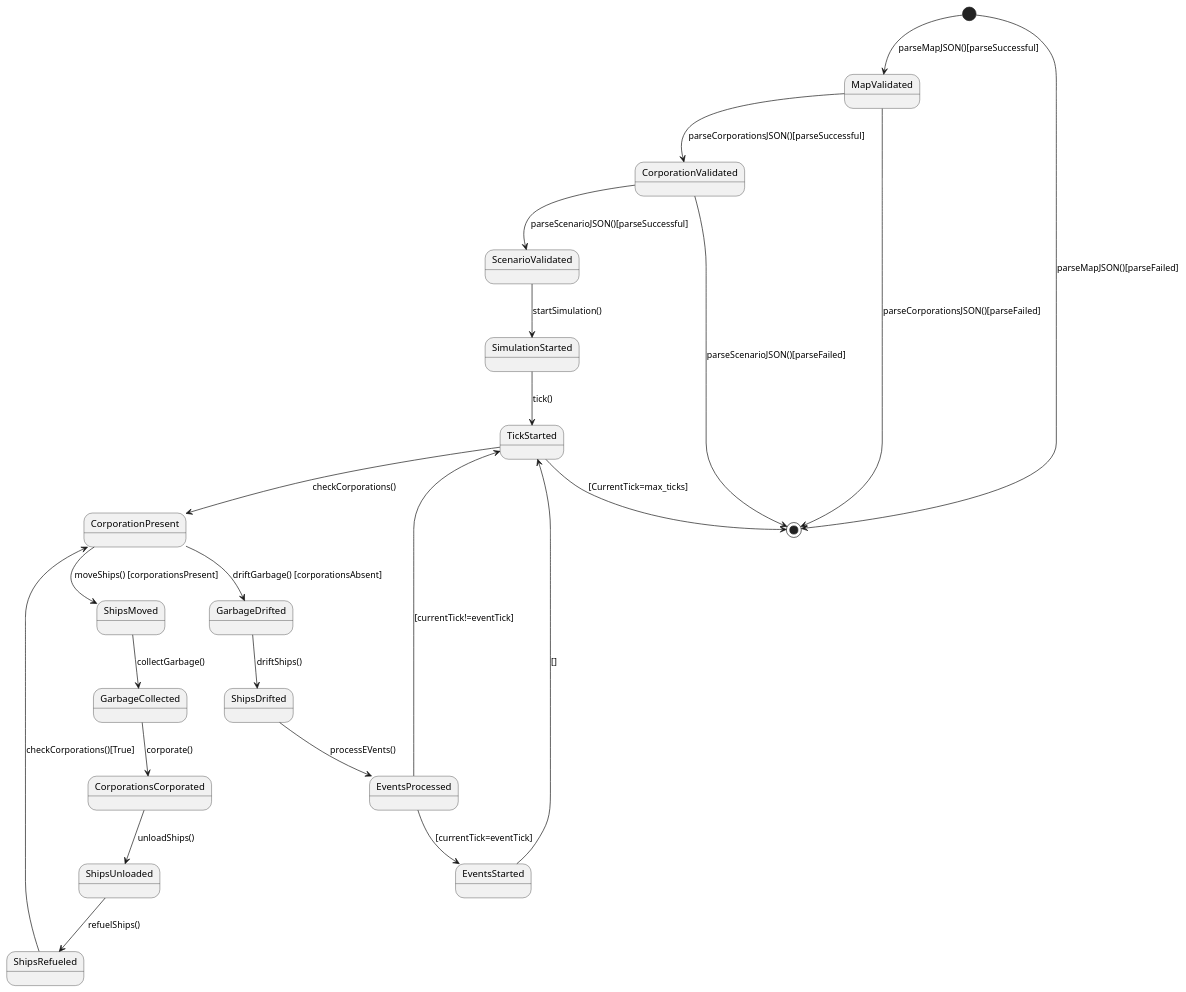
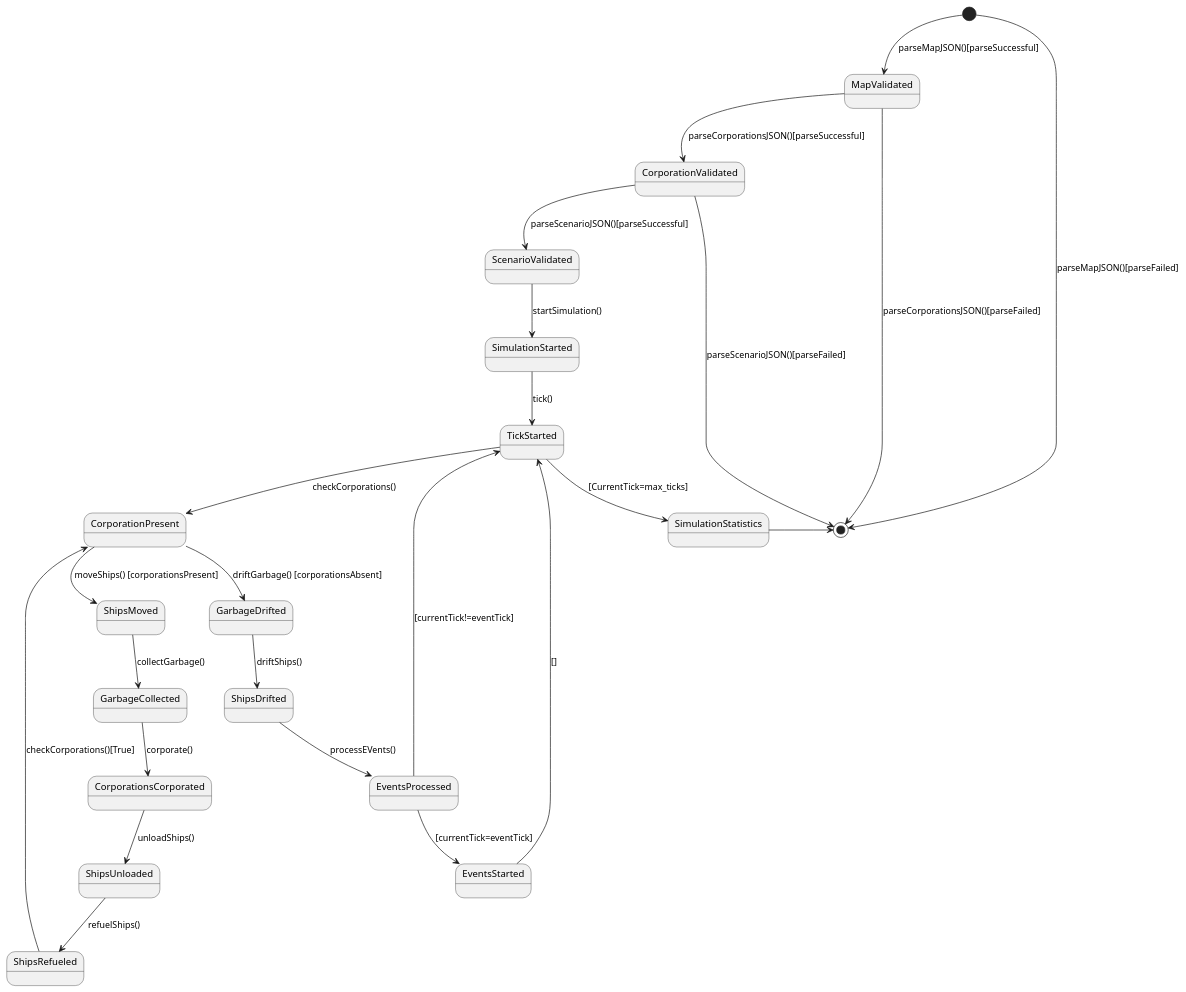
The diagram in StateDiagram.puml (Atharvakore/Save-The-Saardines), drawn with PlantUML before and after one commit.

Commit message:
SimulationStatistics added

```diff
--- a/StateDiagram.puml
+++ b/StateDiagram.puml
@@ -1,31 +1,31 @@
 @startuml
 
 [*] --> MapValidated: parseMapJSON()[parseSuccessful]
 [*] --> [*] : parseMapJSON()[parseFailed]
 
 MapValidated --> CorporationValidated : parseCorporationsJSON()[parseSuccessful]
 MapValidated --> [*] : parseCorporationsJSON()[parseFailed]
 
 CorporationValidated --> ScenarioValidated : parseScenarioJSON()[parseSuccessful]
 CorporationValidated --> [*] : parseScenarioJSON()[parseFailed]
 
 ScenarioValidated--> SimulationStarted : startSimulation()
 
 SimulationStarted --> TickStarted : tick()
 
 TickStarted --> CorporationPresent : checkCorporations()
 CorporationPresent --> ShipsMoved : moveShips() [corporationsPresent]
 ShipsMoved --> GarbageCollected : collectGarbage()
 GarbageCollected --> CorporationsCorporated : corporate()
 CorporationsCorporated --> ShipsUnloaded : unloadShips()
 ShipsUnloaded --> ShipsRefueled : refuelShips()
 ShipsRefueled --> CorporationPresent : checkCorporations()[True]
 CorporationPresent --> GarbageDrifted : driftGarbage() [corporationsAbsent]
 GarbageDrifted --> ShipsDrifted : driftShips()
 ShipsDrifted --> EventsProcessed : processEVents()
 EventsProcessed --> TickStarted : [currentTick!=eventTick]
 EventsProcessed --> EventsStarted : [currentTick=eventTick]
 EventsStarted --> TickStarted : []
-TickStarted --> [*] : [CurrentTick=max_ticks]
-
+TickStarted --> SimulationStatistics : [CurrentTick=max_ticks]
+SimulationStatistics -> [*]
 @enduml
```
